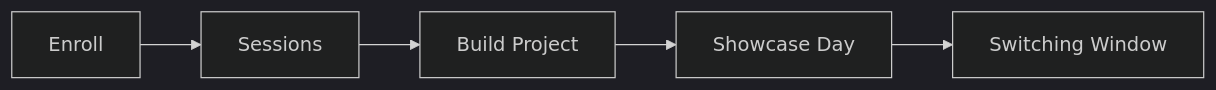
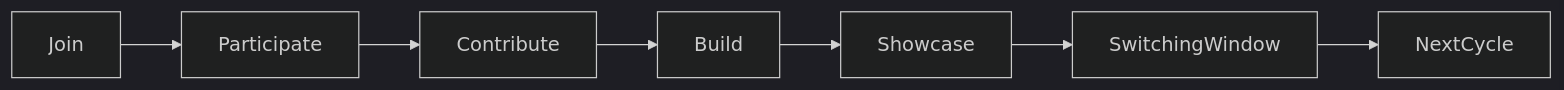
Before and after one commit to blxckpxnther46/Kalvium-X-Vels-Student-Clubs: the diagram in 05-membership/club-cycles.md, drawn with Mermaid (dark theme). The commit also changed other lines of this file and 56 other files, not shown here.

````diff
--- a/05-membership/club-cycles.md
+++ b/05-membership/club-cycles.md
@@ -5,7 +5,4 @@
 ```mermaid
 flowchart LR
-    A[Enroll] --> B[Sessions]
-    B --> C[Build Project]
-    C --> D[Showcase Day]
-    D --> E[Switching Window]
+    Join --> Participate --> Contribute --> Build --> Showcase --> SwitchingWindow --> NextCycle
 ```
````
